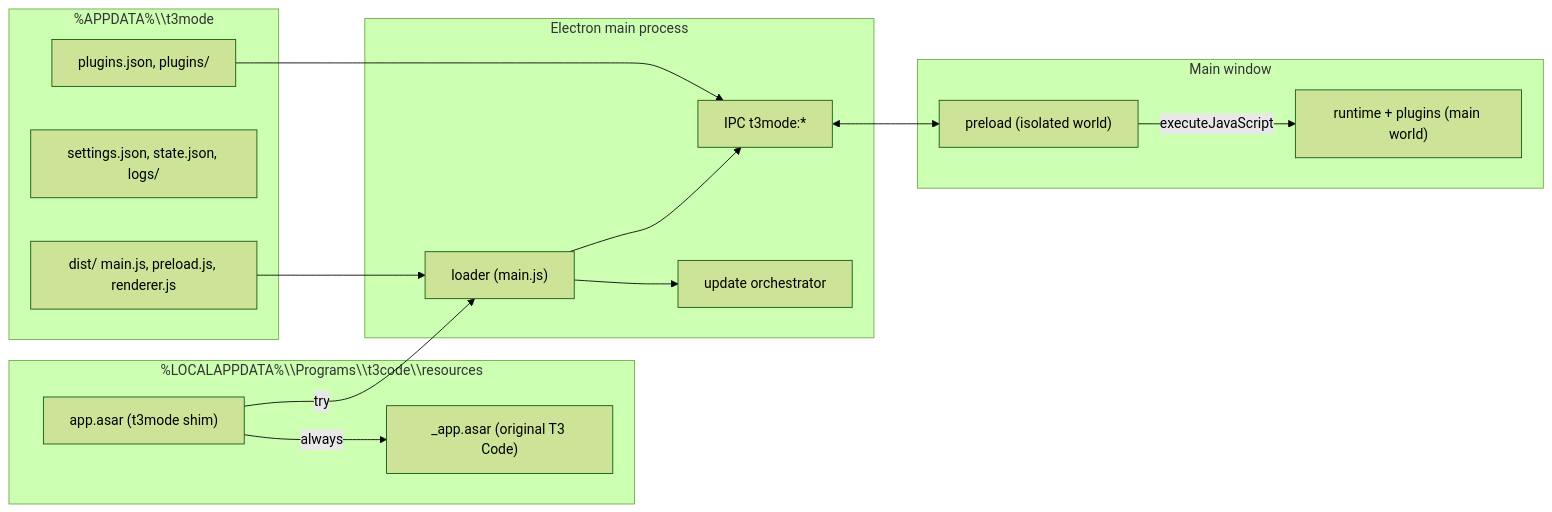
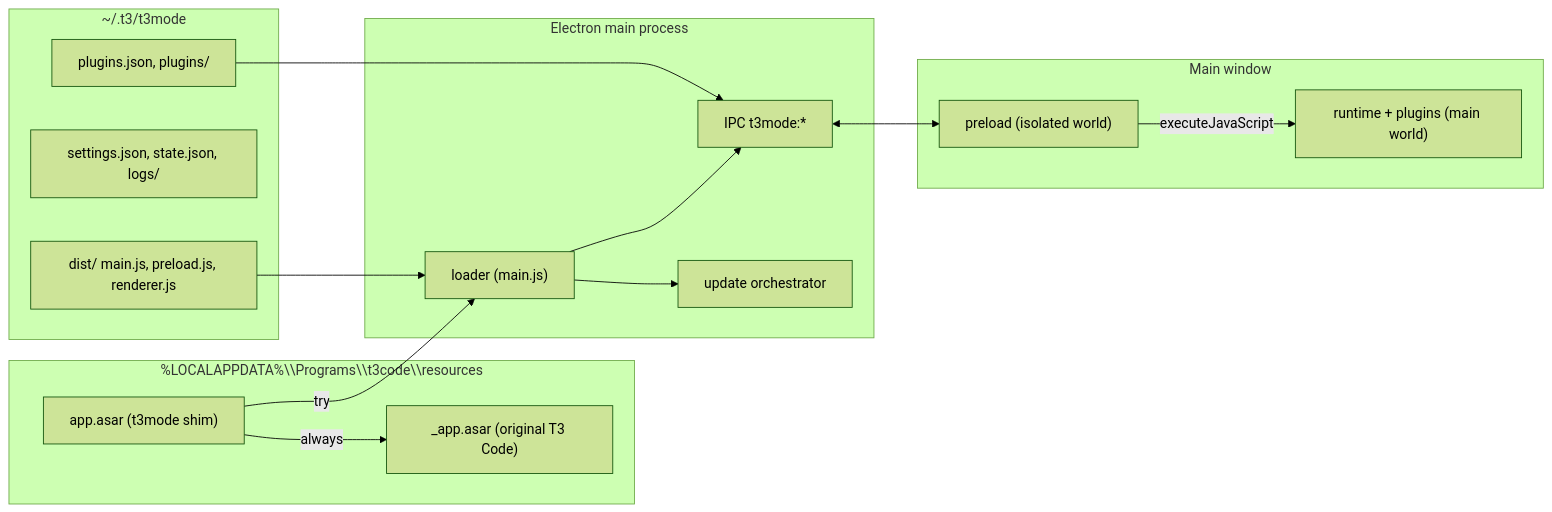
The diagram in docs/architecture.md (Hezaerd/t3mode), drawn with Mermaid (forest theme) before and after one commit. The commit also changed other lines of this file and 9 other files, not shown here.

````diff
--- a/docs/architecture.md
+++ b/docs/architecture.md
@@ -41,27 +41,27 @@
 ```mermaid
 flowchart LR
   subgraph Install["%LOCALAPPDATA%\\Programs\\t3code\\resources"]
     SHIM["app.asar (t3mode shim)"]
     ORIG["_app.asar (original T3 Code)"]
   end
-  subgraph Data["%APPDATA%\\t3mode"]
+  subgraph Data["~/.t3/t3mode"]
     DIST["dist/ main.js, preload.js, renderer.js"]
     CFG["settings.json, state.json, logs/"]
     PLG["plugins.json, plugins/"]
   end
   subgraph Main["Electron main process"]
     LOADER["loader (main.js)"]
     IPC["IPC t3mode:*"]
     UPD["update orchestrator"]
   end
   subgraph Win["Main window"]
     PRE["preload (isolated world)"]
     RT["runtime + plugins (main world)"]
   end
   SHIM -->|try| LOADER
   SHIM -->|always| ORIG
   DIST --> LOADER
   PLG --> IPC
   LOADER --> IPC & UPD
   IPC <--> PRE -->|executeJavaScript| RT
 ```
````
